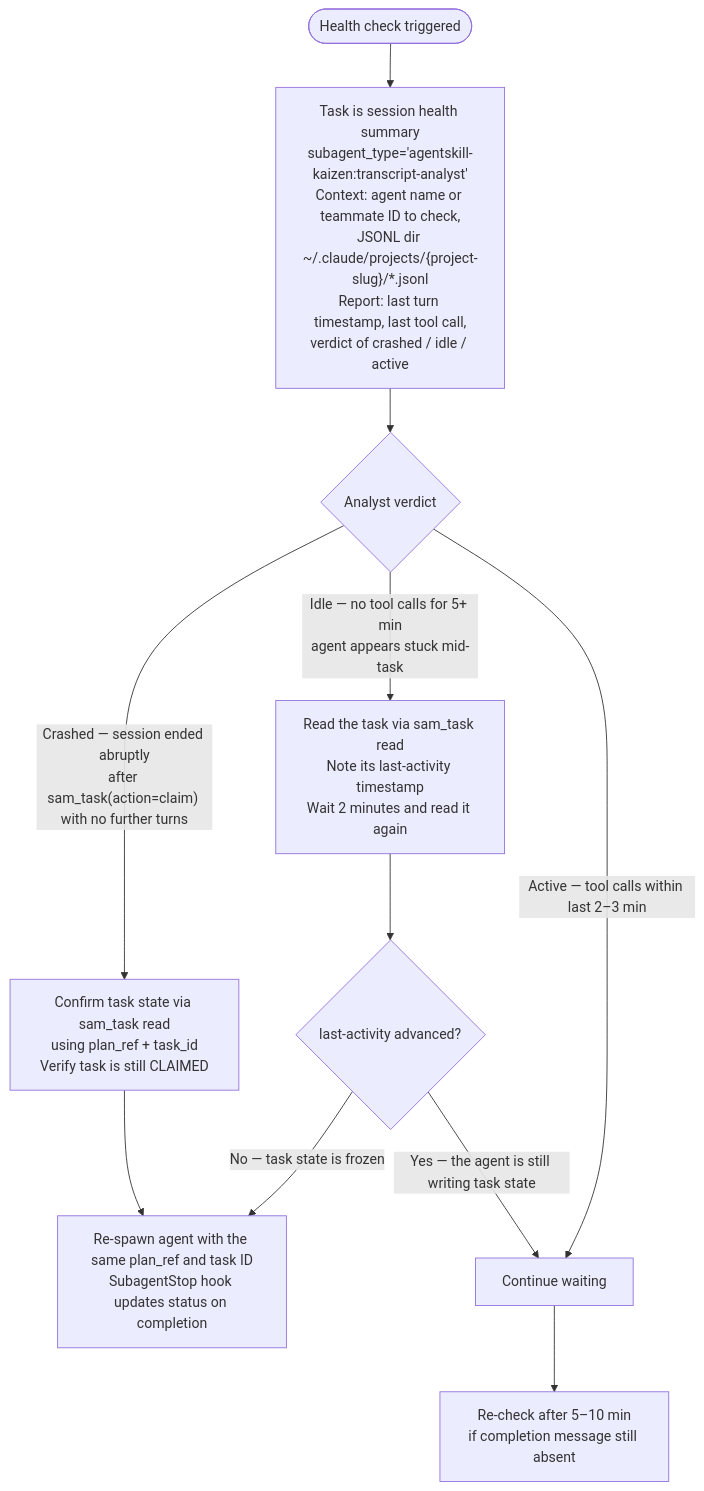
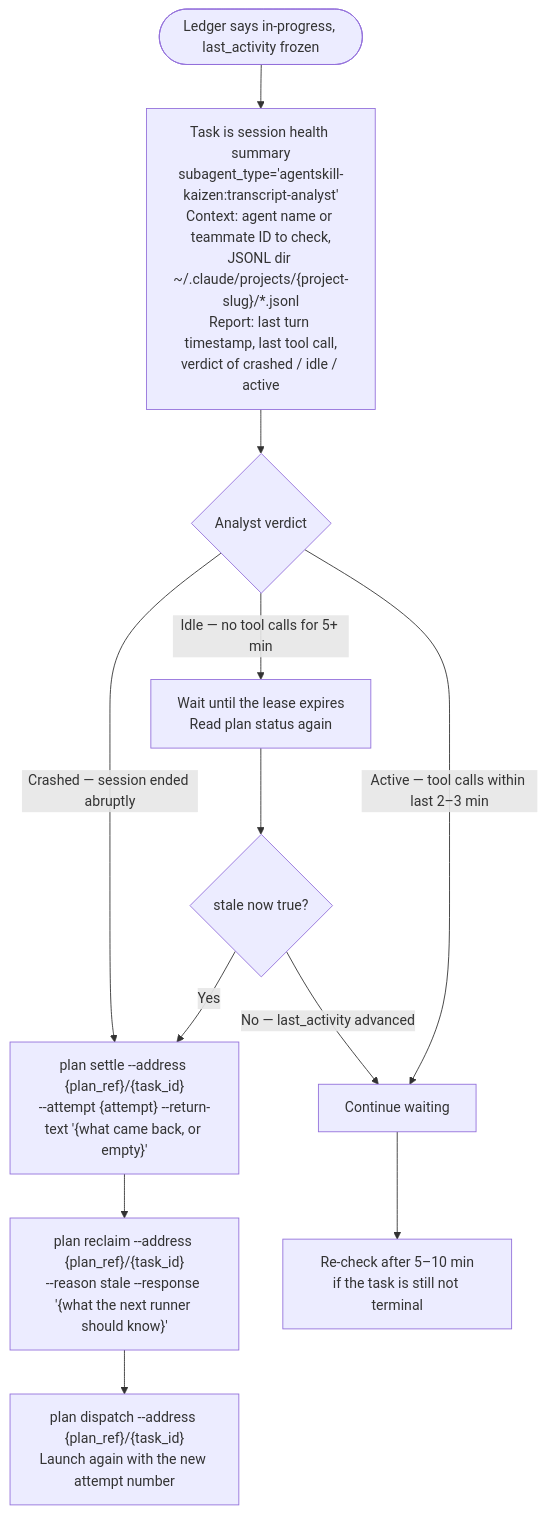
Before and after one commit to Jamie-BitFlight/claude_skills: the diagram in plugins/development-harness/skills/implement-feature/references/agent-health-check.md, drawn with Mermaid. The commit also changed other lines of this file and 26 other files, not shown here.

````diff
--- a/plugins/development-harness/skills/implement-feature/references/agent-health-check.md
+++ b/plugins/development-harness/skills/implement-feature/references/agent-health-check.md
@@ -13,15 +47,15 @@
 ```mermaid
 flowchart TD
-    Trigger([Health check triggered]) --> Spawn
+    Trigger([Ledger says in-progress, last_activity frozen]) --> Spawn
     Spawn["Task is session health summary<br>subagent_type='agentskill-kaizen:transcript-analyst'<br>Context: agent name or teammate ID to check,<br>JSONL dir ~/.claude/projects/{project-slug}/*.jsonl<br>Report: last turn timestamp, last tool call,<br>verdict of crashed / idle / active"]
     Spawn --> Verdict{Analyst verdict}
-    Verdict -->|"Crashed — session ended abruptly<br>after sam_task(action=claim) with no further turns"| Confirm
-    Confirm["Confirm task state via sam_task read<br>using plan_ref + task_id<br>Verify task is still CLAIMED"] --> Respawn
-    Respawn["Re-spawn agent with the same plan_ref and task ID<br>SubagentStop hook updates status on completion"]
-    Verdict -->|"Idle — no tool calls for 5+ min<br>agent appears stuck mid-task"| Activity["Read the task via sam_task read<br>Note its last-activity timestamp<br>Wait 2 minutes and read it again"]
-    Activity --> ActCheck{last-activity advanced?}
-    ActCheck -->|"Yes — the agent is still writing task state"| Waiting
-    ActCheck -->|"No — task state is frozen"| Respawn
+    Verdict -->|"Crashed — session ended abruptly"| Settle["plan settle --address {plan_ref}/{task_id}<br>--attempt {attempt} --return-text '{what came back, or empty}'"]
+    Settle --> Send["plan reclaim --address {plan_ref}/{task_id}<br>--reason stale --response '{what the next runner should know}'"]
+    Send --> Redispatch["plan dispatch --address {plan_ref}/{task_id}<br>Launch again with the new attempt number"]
+    Verdict -->|"Idle — no tool calls for 5+ min"| Wait2["Wait until the lease expires<br>Read plan status again"]
+    Wait2 --> Stale{"stale now true?"}
+    Stale -->|Yes| Settle
+    Stale -->|"No — last_activity advanced"| Waiting
     Verdict -->|"Active — tool calls within last 2–3 min"| Waiting
-    Waiting[Continue waiting] --> Later["Re-check after 5–10 min<br>if completion message still absent"]
+    Waiting[Continue waiting] --> Later["Re-check after 5–10 min<br>if the task is still not terminal"]
 ```
````
